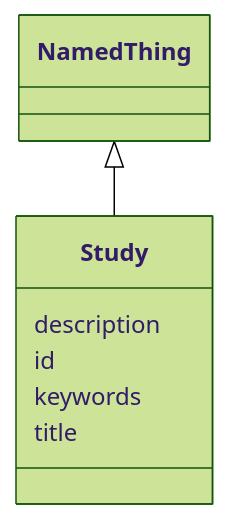
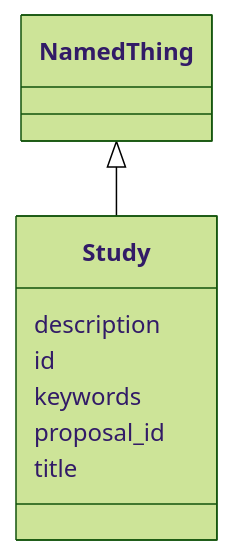
One commit to lambda-ber/lambda-ber-schema changed the diagram in docs/elements/Study.md. Above: the diagram before and after it, drawn with Mermaid (forest theme). The commit also changed other lines of this file and 236 other files, not shown here.

````diff
--- a/docs/elements/Study.md
+++ b/docs/elements/Study.md
@@ -18,17 +18,19 @@
 ```mermaid
  classDiagram
     class Study
     click Study href "../Study/"
       NamedThing <|-- Study
         click NamedThing href "../NamedThing/"
       
       Study : description
         
       Study : id
         
       Study : keywords
         
+      Study : proposal_id
+        
       Study : title
         
       
 ```
````
